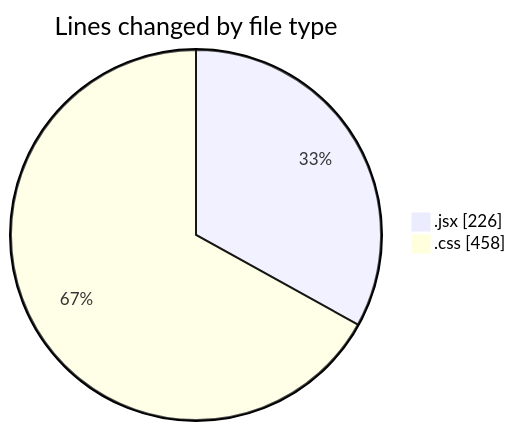
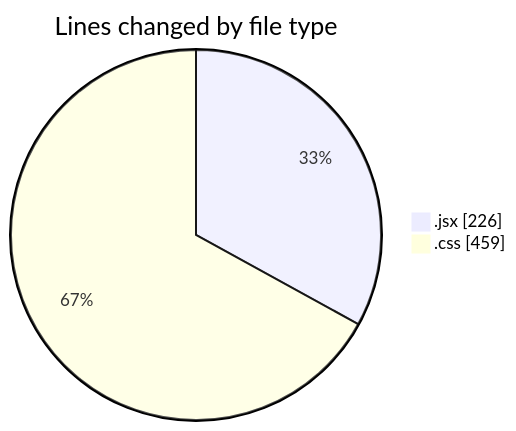
The first of 2 diagrams in 2025-05-08/recipe-app/README.md (BS-eng2023/code-tracking), drawn with Mermaid before and after one commit. The commit also changed other lines of this file and 1 other file, not shown here.

````diff
--- a/2025-05-08/recipe-app/README.md
+++ b/2025-05-08/recipe-app/README.md
@@ -22,6 +22,6 @@
 ```mermaid
 pie showData
 title Lines changed by file type
 ".jsx" : 226
-".css" : 458
+".css" : 459
 ```
````
